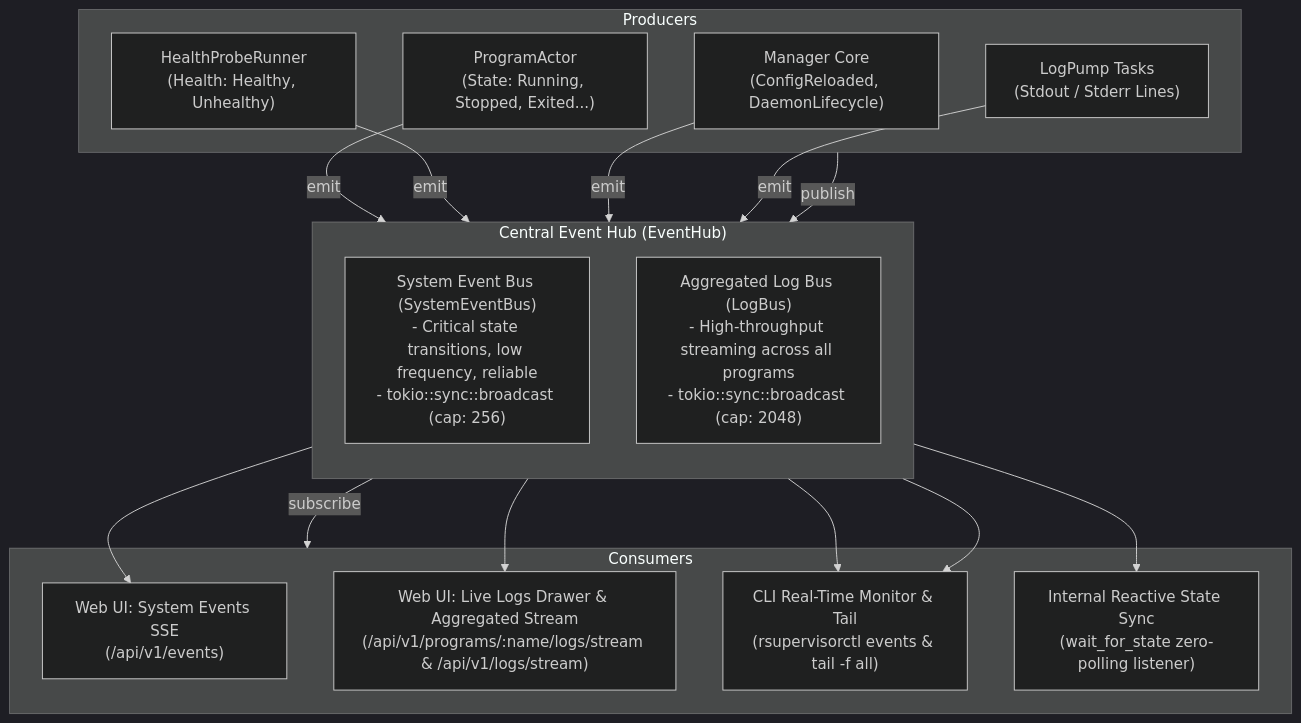
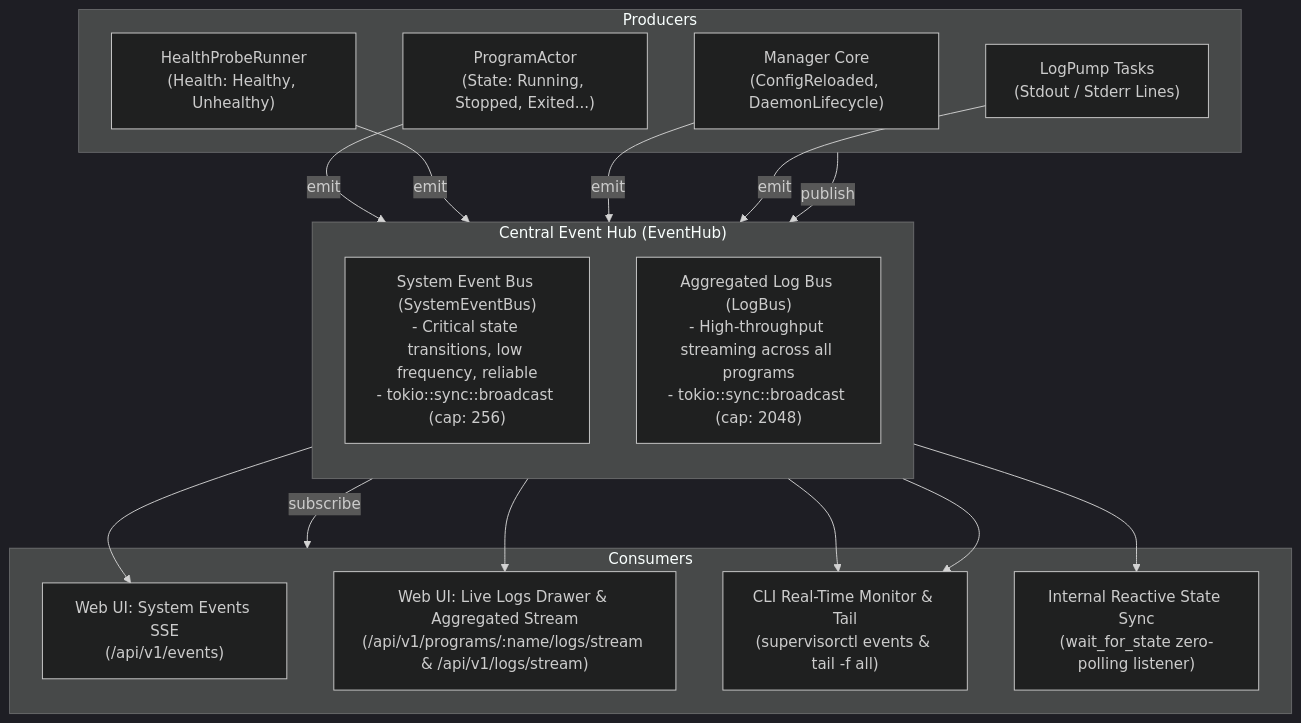
Before and after one commit to spritetong/rsupervisord: the third of 9 diagrams in docs/DESIGN.md, drawn with Mermaid (dark theme). The commit also changed other lines of this file and 25 other files, not shown here.

````diff
--- a/docs/DESIGN.md
+++ b/docs/DESIGN.md
@@ -273,35 +273,35 @@
 ```mermaid
 flowchart TD
     subgraph Producers ["Producers"]
         ProgActor["ProgramActor\n(State: Running, Stopped, Exited...)"]
         HealthTask["HealthProbeRunner\n(Health: Healthy, Unhealthy)"]
         LogPumps["LogPump Tasks\n(Stdout / Stderr Lines)"]
         ManagerCore["Manager Core\n(ConfigReloaded, DaemonLifecycle)"]
     end
 
     subgraph CentralHub ["Central Event Hub (EventHub)"]
         direction TB
         SystemBus["System Event Bus (SystemEventBus)\n- Critical state transitions, low frequency, reliable\n- tokio::sync::broadcast<SystemEvent> (cap: 256)"]
         LogBus["Aggregated Log Bus (LogBus)\n- High-throughput streaming across all programs\n- tokio::sync::broadcast<LogEntry> (cap: 2048)"]
     end
 
     subgraph Consumers ["Consumers"]
         WebSSE_Events["Web UI: System Events SSE\n(/api/v1/events)"]
         WebSSE_Logs["Web UI: Live Logs Drawer & Aggregated Stream\n(/api/v1/programs/:name/logs/stream & /api/v1/logs/stream)"]
-        CLIMonitor["CLI Real-Time Monitor & Tail\n(rsupervisorctl events & tail -f all)"]
+        CLIMonitor["CLI Real-Time Monitor & Tail\n(supervisorctl events & tail -f all)"]
         InternalWait["Internal Reactive State Sync\n(wait_for_state zero-polling listener)"]
     end
 
     Producers -->|publish| CentralHub
     ProgActor -->|emit| SystemBus
     HealthTask -->|emit| SystemBus
     ManagerCore -->|emit| SystemBus
     LogPumps -->|emit| LogBus
 
     CentralHub -->|subscribe| Consumers
     SystemBus --> WebSSE_Events
     SystemBus --> CLIMonitor
     SystemBus --> InternalWait
     LogBus --> WebSSE_Logs
     LogBus --> CLIMonitor
 ```
````
